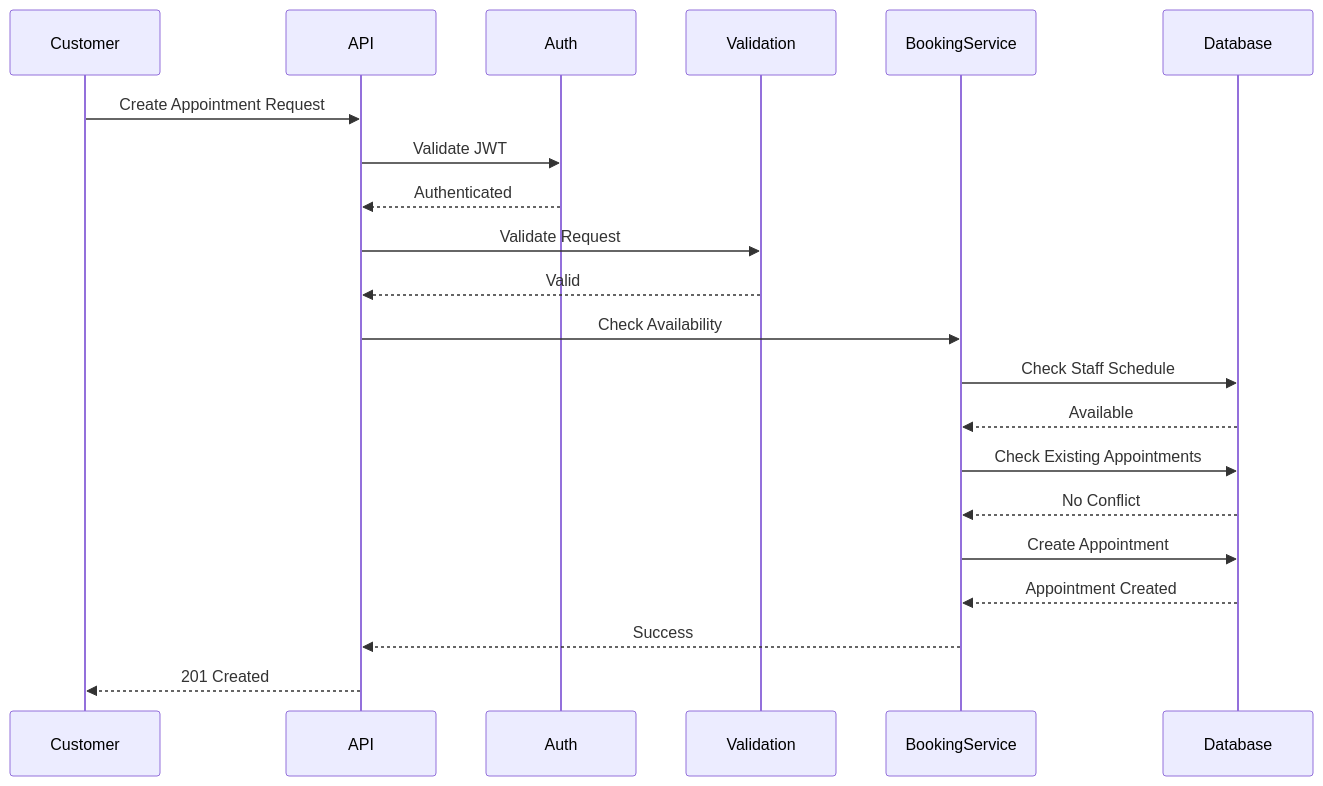
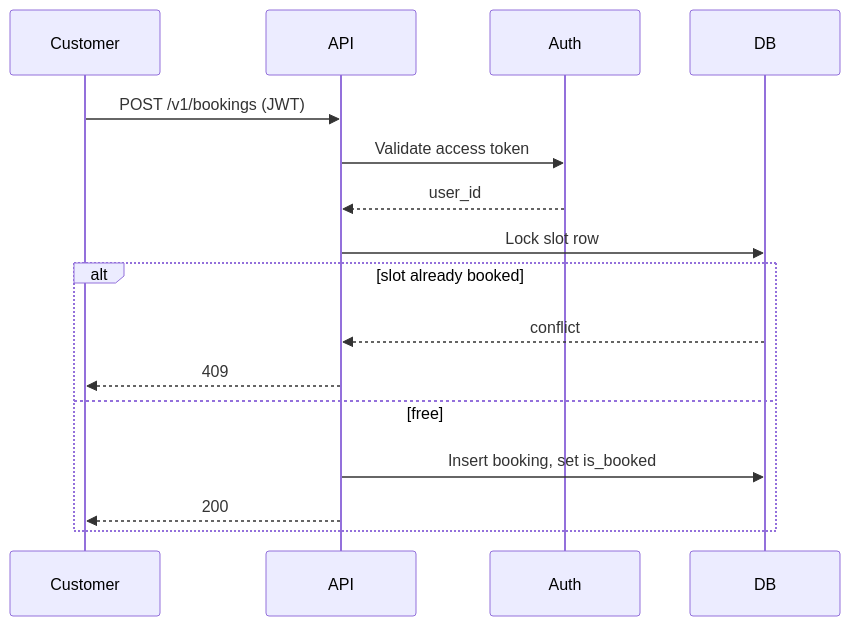
The second of 2 diagrams in README.md (insignificantGuy/Slotly), drawn with Mermaid before and after one commit. The commit also changed other lines of this file and 38 other files, not shown here.

Commit message:
Added jwt auth

````diff
--- a/README.md
+++ b/README.md
@@ -342,25 +126,14 @@
 ```mermaid
 sequenceDiagram
-
-    Customer->>API: Create Appointment Request
-    API->>Auth: Validate JWT
-    Auth-->>API: Authenticated
-
-    API->>Validation: Validate Request
-    Validation-->>API: Valid
-
-    API->>BookingService: Check Availability
-
-    BookingService->>Database: Check Staff Schedule
-    Database-->>BookingService: Available
-
-    BookingService->>Database: Check Existing Appointments
-    Database-->>BookingService: No Conflict
-
-    BookingService->>Database: Create Appointment
-
-    Database-->>BookingService: Appointment Created
-
-    BookingService-->>API: Success
-    API-->>Customer: 201 Created
+    Customer->>API: POST /v1/bookings (JWT)
+    API->>Auth: Validate access token
+    Auth-->>API: user_id
+    API->>DB: Lock slot row
+    alt slot already booked
+        DB-->>API: conflict
+        API-->>Customer: 409
+    else free
+        API->>DB: Insert booking, set is_booked
+        API-->>Customer: 200
+    end
 ```
````
